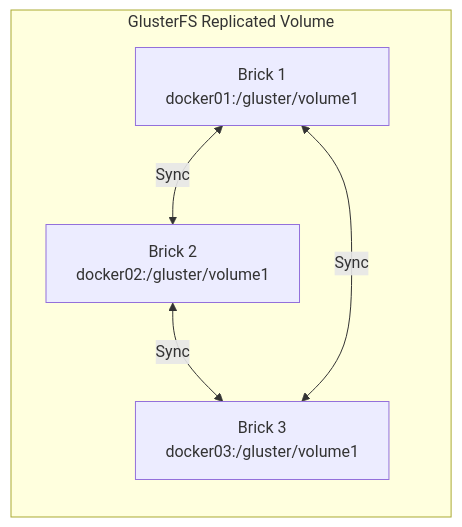
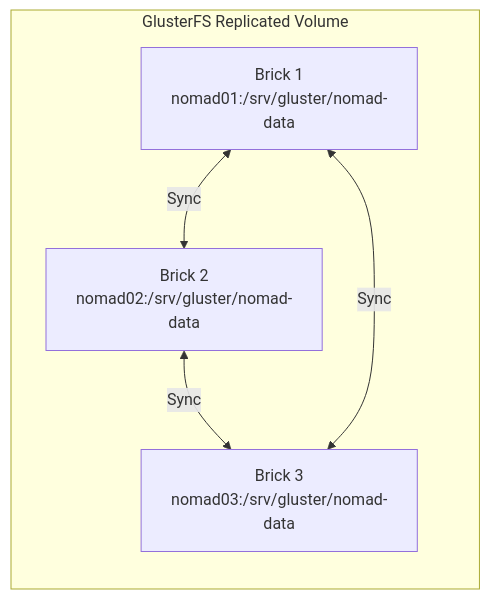
One commit to jknyght9/proxmox-lab changed the fourth of 9 diagrams in docs/architecture/service-relationships.md. Above: the diagram before and after it, drawn with Mermaid. The commit also changed other lines of this file and 21 other files, not shown here.

````diff
--- a/docs/architecture/service-relationships.md
+++ b/docs/architecture/service-relationships.md
@@ -147,12 +160,12 @@
 ```mermaid
 graph LR
     subgraph gluster["GlusterFS Replicated Volume"]
-        B1[Brick 1<br/>docker01:/gluster/volume1]
-        B2[Brick 2<br/>docker02:/gluster/volume1]
-        B3[Brick 3<br/>docker03:/gluster/volume1]
+        B1[Brick 1<br/>nomad01:/srv/gluster/nomad-data]
+        B2[Brick 2<br/>nomad02:/srv/gluster/nomad-data]
+        B3[Brick 3<br/>nomad03:/srv/gluster/nomad-data]
 
         B1 <-->|Sync| B2
         B2 <-->|Sync| B3
         B3 <-->|Sync| B1
     end
 ```
````
